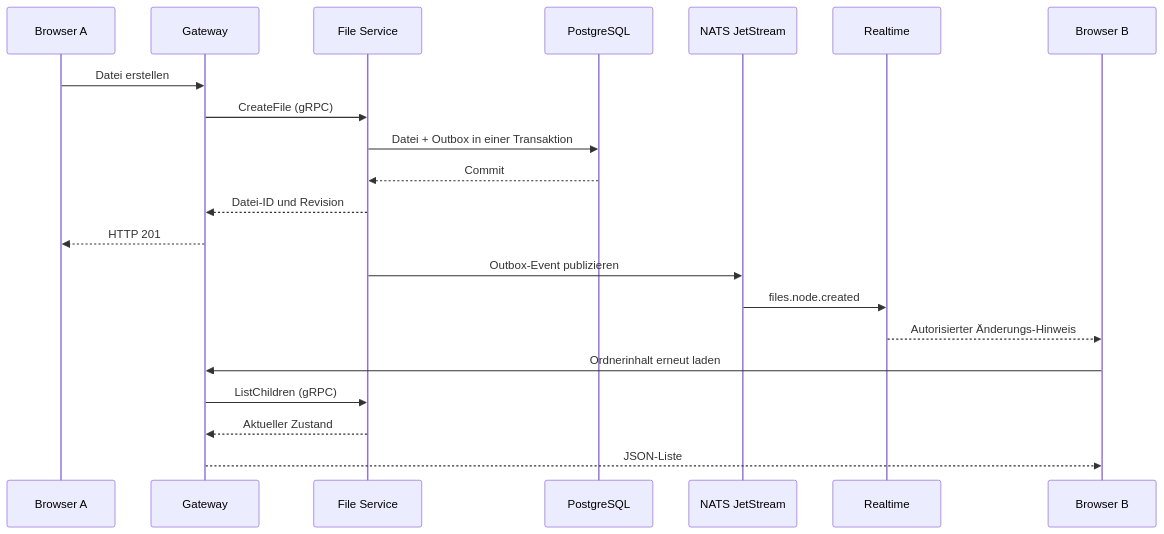
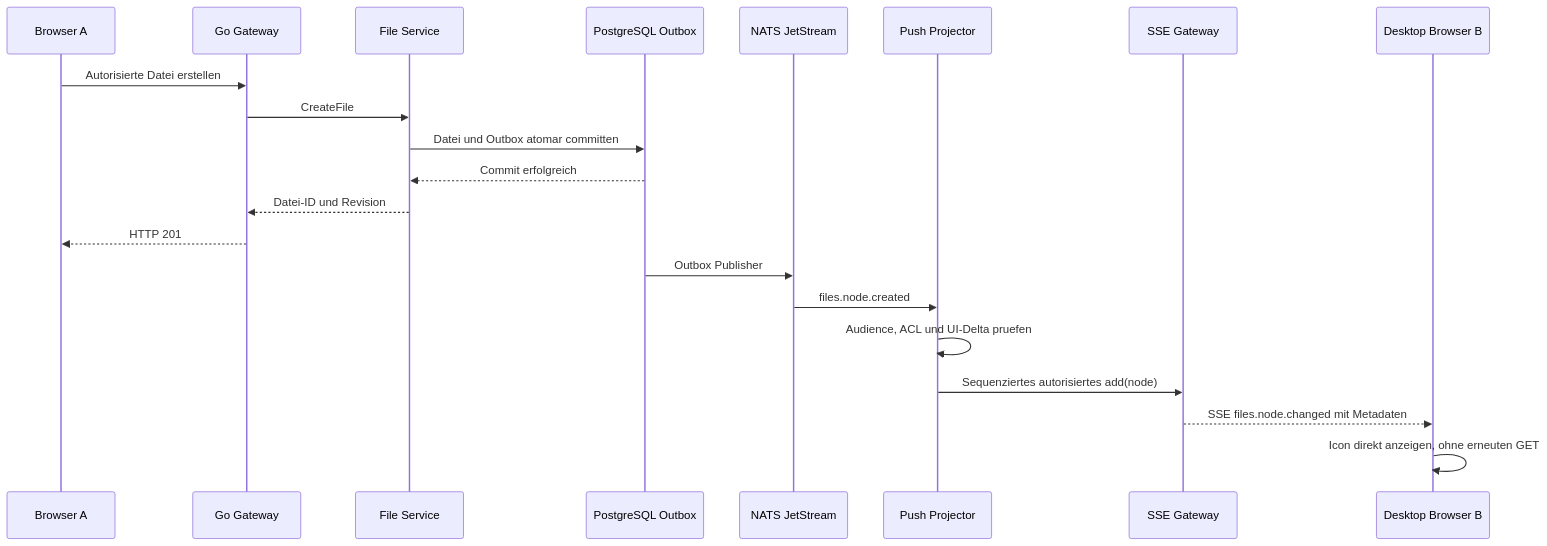
One commit to Drezael/cloudOS changed the ninth of 11 diagrams in docs/SYSTEM_ARCHITECTURE.md. Above: the diagram before and after it, drawn with Mermaid. The commit also changed other lines of this file and 15 other files, not shown here.

````diff
--- a/docs/SYSTEM_ARCHITECTURE.md
+++ b/docs/SYSTEM_ARCHITECTURE.md
@@ -1725,23 +1747,23 @@
 ```mermaid
 sequenceDiagram
     participant A as Browser A
-    participant GW as Gateway
+    participant GW as Go Gateway
     participant F as File Service
-    participant DB as PostgreSQL
+    participant DB as PostgreSQL Outbox
     participant N as NATS JetStream
-    participant RT as Realtime
-    participant B as Browser B
-    A->>GW: Datei erstellen
-    GW->>F: CreateFile (gRPC)
-    F->>DB: Datei + Outbox in einer Transaktion
-    DB-->>F: Commit
+    participant P as Push Projector
+    participant S as SSE Gateway
+    participant B as Desktop Browser B
+    A->>GW: Autorisierte Datei erstellen
+    GW->>F: CreateFile
+    F->>DB: Datei und Outbox atomar committen
+    DB-->>F: Commit erfolgreich
     F-->>GW: Datei-ID und Revision
     GW-->>A: HTTP 201
-    F->>N: Outbox-Event publizieren
-    N->>RT: files.node.created
-    RT-->>B: Autorisierter Änderungs-Hinweis
-    B->>GW: Ordnerinhalt erneut laden
-    GW->>F: ListChildren (gRPC)
-    F-->>GW: Aktueller Zustand
-    GW-->>B: JSON-Liste
+    DB->>N: Outbox Publisher
+    N->>P: files.node.created
+    P->>P: Audience, ACL und UI-Delta pruefen
+    P->>S: Sequenziertes autorisiertes add(node)
+    S-->>B: SSE files.node.changed mit Metadaten
+    B->>B: Icon direkt anzeigen, ohne erneuten GET
 ```
````
